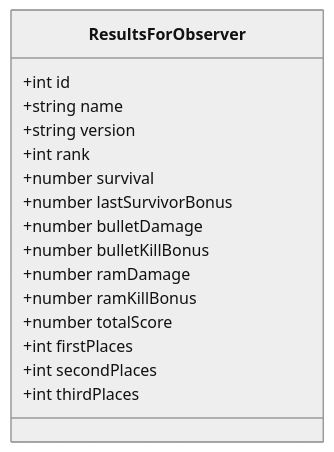
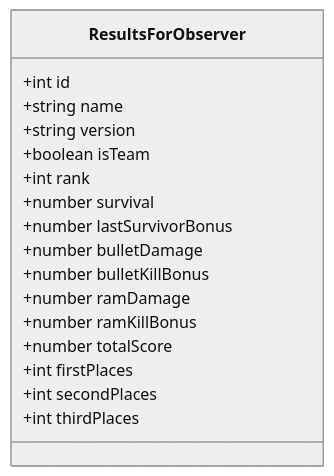
Before and after one commit to robocode-dev/tank-royale: diagram 11 of 15 in docs-internal/architecture/models/message-schema/state.md, drawn with Mermaid (neutral theme). The commit also changed other lines of this file and 1 other file, not shown here.

Commit message:
feat: add isTeam field to results for team identification in observer protocol

````diff
--- a/docs-internal/architecture/models/message-schema/state.md
+++ b/docs-internal/architecture/models/message-schema/state.md
@@ -616,19 +616,20 @@
 ```mermaid
 classDiagram
     class ResultsForObserver {
         +int id
         +string name
         +string version
+        +boolean isTeam
         +int rank
         +number survival
         +number lastSurvivorBonus
         +number bulletDamage
         +number bulletKillBonus
         +number ramDamage
         +number ramKillBonus
         +number totalScore
         +int firstPlaces
         +int secondPlaces
         +int thirdPlaces
     }
 ```
````
